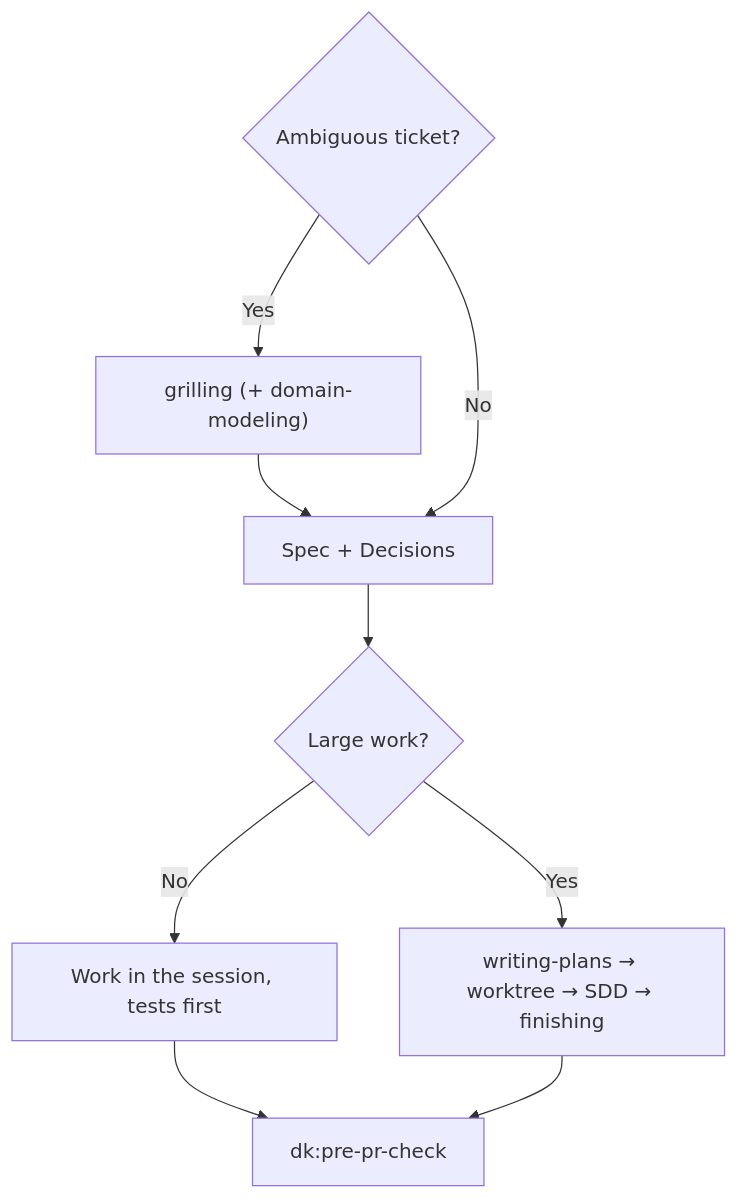
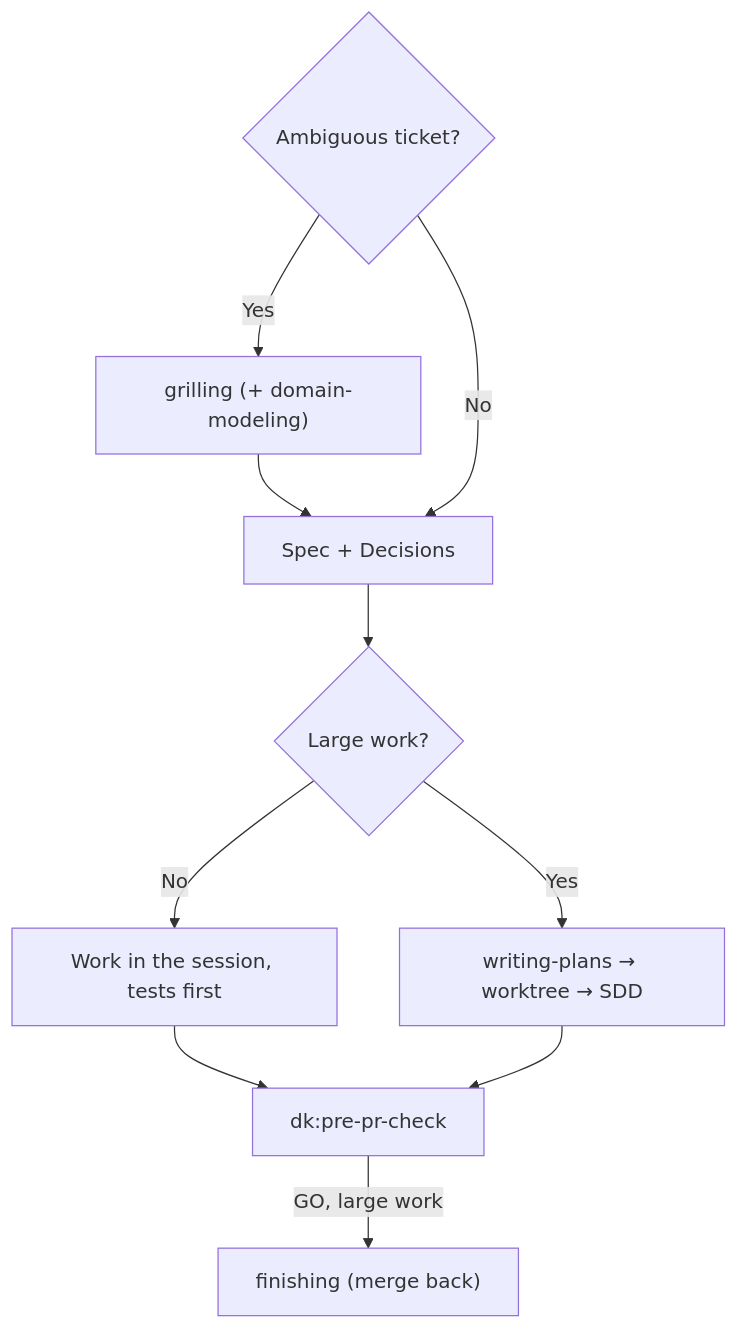
Before and after one commit to awesome-boilerplate-develop/dev-kit: the second of 4 diagrams in docs/en/03-skills.md, drawn with Mermaid. The commit also changed other lines of this file and 20 other files, not shown here.

````diff
--- a/docs/en/03-skills.md
+++ b/docs/en/03-skills.md
@@ -117,10 +117,11 @@
 ```mermaid
 flowchart TD
     A{"Ambiguous ticket?"} -- "Yes" --> G["grilling (+ domain-modeling)"] --> S
     A -- "No" --> S["Spec + Decisions"]
     S --> Z{"Large work?"}
     Z -- "No" --> D["Work in the session, tests first"]
-    Z -- "Yes" --> P["writing-plans → worktree → SDD → finishing"]
+    Z -- "Yes" --> P["writing-plans → worktree → SDD"]
     D --> PP["dk:pre-pr-check"]
     P --> PP
+    PP -- "GO, large work" --> F["finishing (merge back)"]
 ```
````
